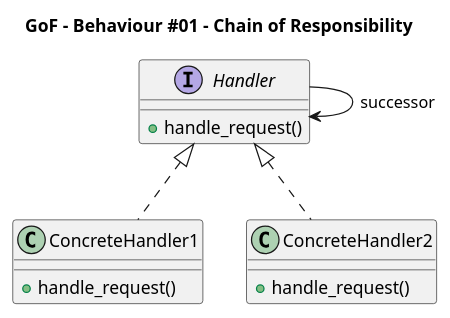
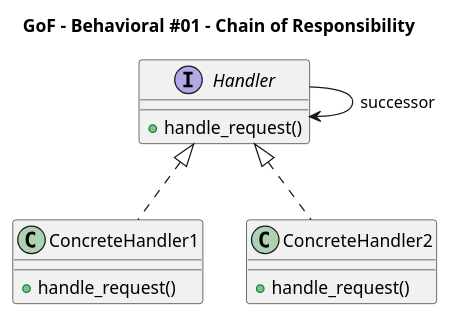
One commit to Takayoshi-Matsuyama/design_patterns changed the diagram in GoF/GoF_be01_chain_of_responsibility.puml. Above: the diagram before and after it, drawn with PlantUML. The commit also changed 36 other files, not shown here.

Commit message:
GoF - Class Diagrams

```diff
--- a/GoF/GoF_be01_chain_of_responsibility.puml
+++ b/GoF/GoF_be01_chain_of_responsibility.puml
@@ -1,35 +1,35 @@
 @startuml gof_chain_of_responsibility
 
 'Copyright 2026 Takayoshi Matsuyama
 '
 'Licensed under the Apache License, Version 2.0 (the "License");
 'you may not use this file except in compliance with the License.
 'You may obtain a copy of the License at
 '
 '    http://www.apache.org/licenses/LICENSE-2.0
 '
 'Unless required by applicable law or agreed to in writing, software
 'distributed under the License is distributed on an "AS IS" BASIS,
 'WITHOUT WARRANTIES OR CONDITIONS OF ANY KIND, either express or implied.
 'See the License for the specific language governing permissions and
 'limitations under the License.
 
-title GoF - Behaviour #01 - Chain of Responsibility
+title GoF - Behavioral #01 - Chain of Responsibility
 
 interface Handler {
     +handle_request()
 }
 
 class ConcreteHandler1 {
     +handle_request()
 }
 
 class ConcreteHandler2 {
     +handle_request()
 }
 
 Handler --> Handler : successor
 Handler <|.. ConcreteHandler1
 Handler <|.. ConcreteHandler2
 
 @enduml
```
